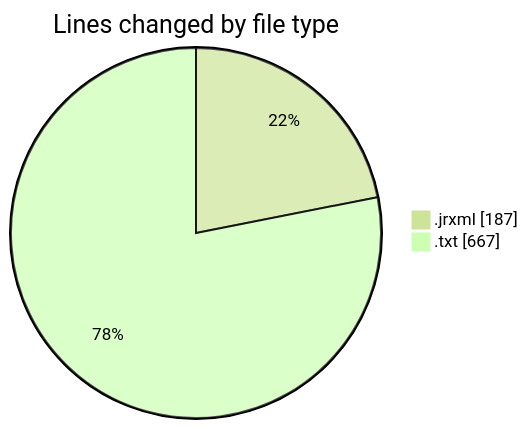
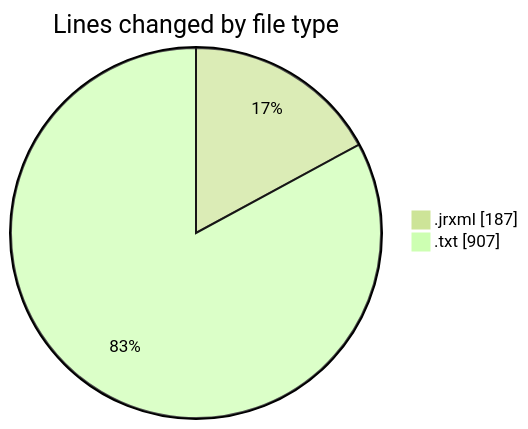
The first of 2 diagrams in 2026-11-12/cilreports__workspace_/README.md (ricardozamudiocil/code-tracking), drawn with Mermaid (forest theme) before and after one commit. The commit also changed other lines of this file and 1 other file, not shown here.

````diff
--- a/2026-11-12/cilreports__workspace_/README.md
+++ b/2026-11-12/cilreports__workspace_/README.md
@@ -21,6 +21,6 @@
 ```mermaid
 pie showData
 title Lines changed by file type
 ".jrxml" : 187
-".txt" : 667
+".txt" : 907
 ```
````
